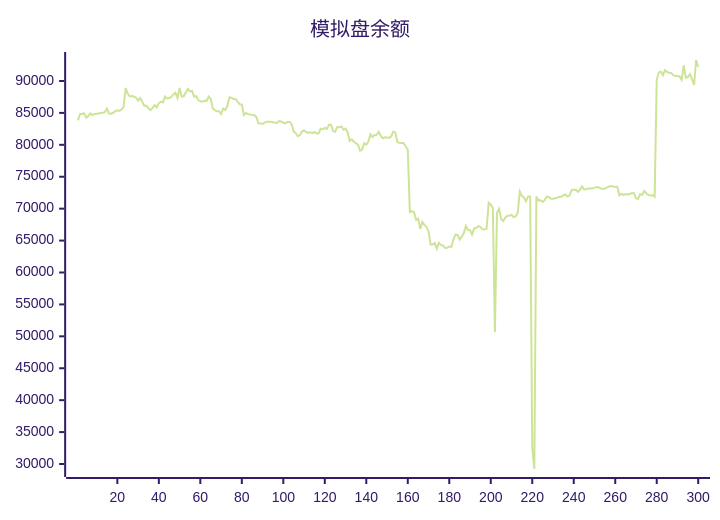
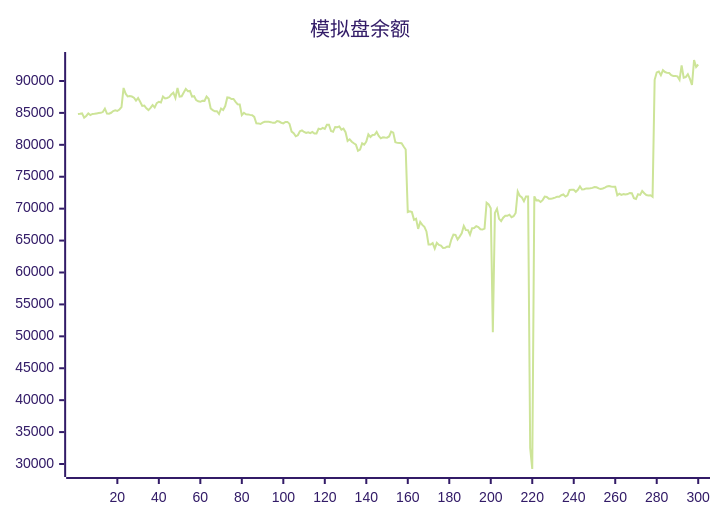
Before and after one commit to aahl/ai-trading: the diagram in README.md, drawn with Mermaid (forest theme). The commit also changed other lines of this file and 1 other file, not shown here.

````diff
--- a/README.md
+++ b/README.md
@@ -5,5 +5,5 @@
 ```mermaid
 xychart
     title "模拟盘余额"
-    line [83825,84819,84854,84917,84265,84527,84919,84668,84834,84850,84916,84981,85004,85131,85674,84891,84864,85019,85284,85393,85294,85538,85894,88904,88012,87567,87625,87568,87386,86920,87313,86737,86094,86143,85725,85437,85787,86219,85859,86526,86740,86630,87563,87264,87335,87483,87886,88180,87335,88894,87544,87608,88207,88755,88401,88444,87543,87608,87000,86810,86740,86894,86884,87576,87209,85686,85435,85251,85255,84820,85689,85453,86066,87420,87373,87161,87178,86740,86341,86315,84643,85012,84772,84768,84690,84635,84376,83360,83357,83259,83474,83608,83606,83602,83548,83440,83454,83724,83644,83464,83365,83590,83592,83275,82072,81806,81344,81492,82109,82254,82006,81848,81955,81829,82022,81769,81776,82522,82441,82656,82498,83144,83144,82150,82038,82797,82763,82872,82367,82536,81981,80612,80862,80484,80242,80034,79063,79245,80226,80016,80507,81625,81233,81544,81578,82016,81401,81019,81186,81130,81118,81306,82066,81909,80392,80304,80291,80258,79729,79261,69466,69579,69456,68251,68415,66832,67911,67462,67144,66432,64380,64375,64606,63740,64647,64324,64216,63842,63877,64078,64008,65156,65945,65888,65157,65625,66144,67284,66653,66639,65924,66925,66956,67263,67108,66766,66729,66886,70927,70673,70049,50652,69334,69973,68400,68061,68578,68876,68879,69055,68662,68822,69329,72687,71999,71760,71162,71911,71896,32500,29218,71927,71297,71305,71044,71337,71883,71822,71536,71536,71622,71723,71880,71860,72100,72216,71887,72077,72940,72976,72966,72638,72948,73497,73004,73041,73173,73160,73186,73258,73375,73351,73173,73098,73161,73305,73474,73536,73457,73413,73412,72100,72333,72164,72272,72204,72285,72461,72421,71652,71521,72267,72157,72774,72424,72144,72060,72091,71858,90185,91338,91466,90900,91678,91404,91268,91244,90903,90779,90787,90721,90187,92429,90518,90619,91070,90328,89376,93286,92202]
+    line [84819,84854,84917,84265,84527,84919,84668,84834,84850,84916,84981,85004,85131,85674,84891,84864,85019,85284,85393,85294,85538,85894,88904,88012,87567,87625,87568,87386,86920,87313,86737,86094,86143,85725,85437,85787,86219,85859,86526,86740,86630,87563,87264,87335,87483,87886,88180,87335,88894,87544,87608,88207,88755,88401,88444,87543,87608,87000,86810,86740,86894,86884,87576,87209,85686,85435,85251,85255,84820,85689,85453,86066,87420,87373,87161,87178,86740,86341,86315,84643,85012,84772,84768,84690,84635,84376,83360,83357,83259,83474,83608,83606,83602,83548,83440,83454,83724,83644,83464,83365,83590,83592,83275,82072,81806,81344,81492,82109,82254,82006,81848,81955,81829,82022,81769,81776,82522,82441,82656,82498,83144,83144,82150,82038,82797,82763,82872,82367,82536,81981,80612,80862,80484,80242,80034,79063,79245,80226,80016,80507,81625,81233,81544,81578,82016,81401,81019,81186,81130,81118,81306,82066,81909,80392,80304,80291,80258,79729,79261,69466,69579,69456,68251,68415,66832,67911,67462,67144,66432,64380,64375,64606,63740,64647,64324,64216,63842,63877,64078,64008,65156,65945,65888,65157,65625,66144,67284,66653,66639,65924,66925,66956,67263,67108,66766,66729,66886,70927,70673,70049,50652,69334,69973,68400,68061,68578,68876,68879,69055,68662,68822,69329,72687,71999,71760,71162,71911,71896,32500,29218,71927,71297,71305,71044,71337,71883,71822,71536,71536,71622,71723,71880,71860,72100,72216,71887,72077,72940,72976,72966,72638,72948,73497,73004,73041,73173,73160,73186,73258,73375,73351,73173,73098,73161,73305,73474,73536,73457,73413,73412,72100,72333,72164,72272,72204,72285,72461,72421,71652,71521,72267,72157,72774,72424,72144,72060,72091,71858,90185,91338,91466,90900,91678,91404,91268,91244,90903,90779,90787,90721,90187,92429,90518,90619,91070,90328,89376,93286,92202,92581]
 ```
````
